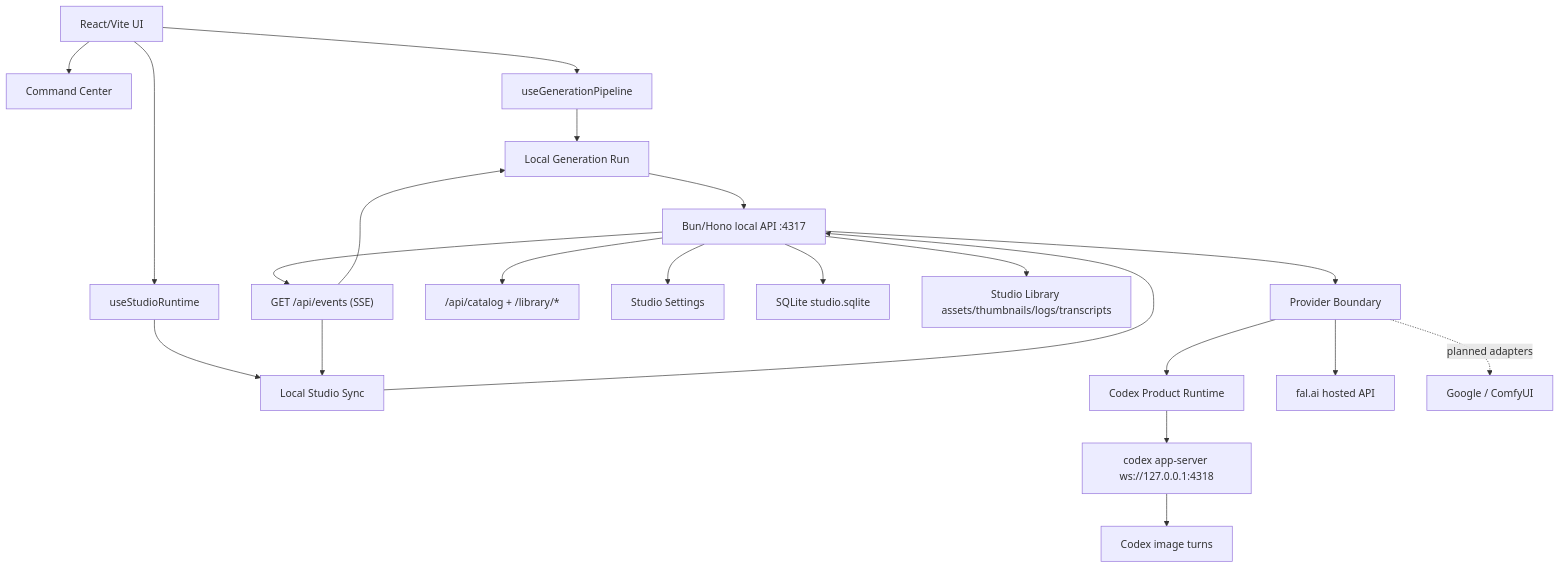
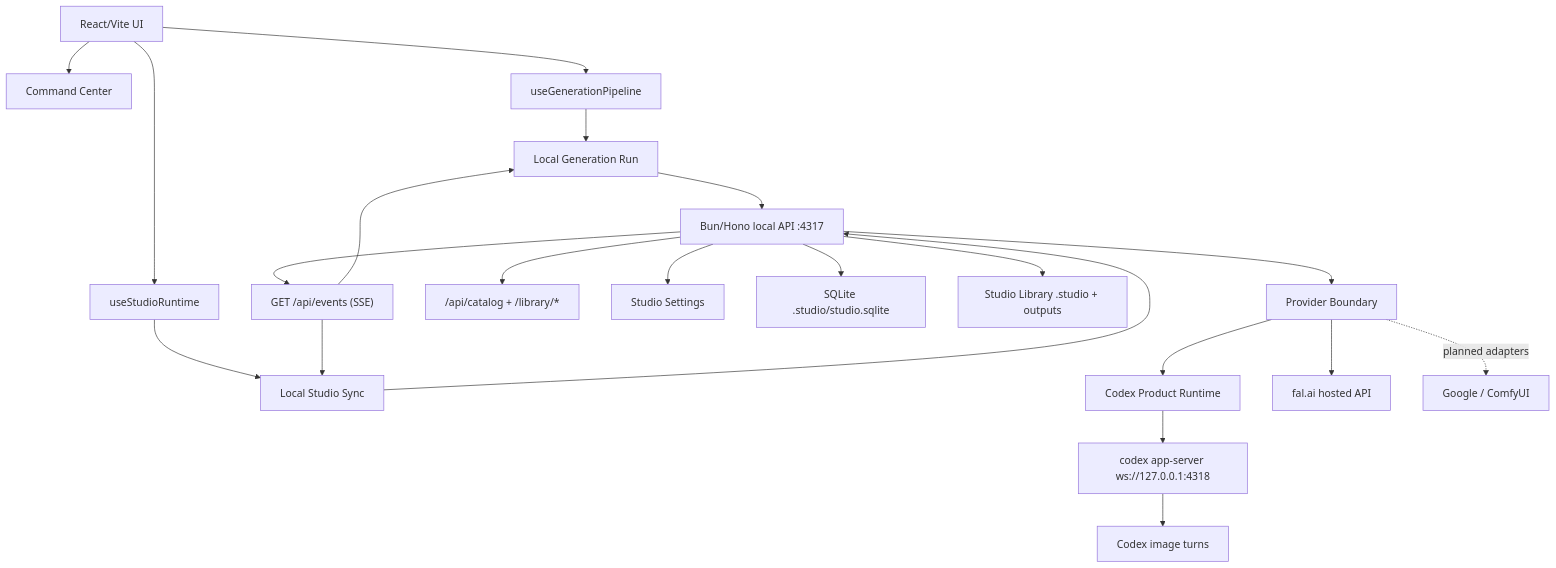
The diagram in docs/ARCHITECTURE.md (gvastethecreator/codex-studio), drawn with Mermaid before and after one commit. The commit also changed other lines of this file and 235 other files, not shown here.

````diff
--- a/docs/ARCHITECTURE.md
+++ b/docs/ARCHITECTURE.md
@@ -7,23 +7,23 @@
 ```mermaid
 graph TD
     UI["React/Vite UI"] --> COMMAND["Command Center"]
     UI --> PIPE["useGenerationPipeline"]
     UI --> RUNTIME["useStudioRuntime"]
     PIPE --> RUN["Local Generation Run"]
     RUNTIME --> SYNC["Local Studio Sync"]
     RUN --> API["Bun/Hono local API :4317"]
     SYNC --> API
     API --> EVENTS["GET /api/events (SSE)"]
     EVENTS --> RUN
     EVENTS --> SYNC
     API --> CATALOG["/api/catalog + /library/*"]
     API --> SETTINGS["Studio Settings"]
-    API --> DB["SQLite studio.sqlite"]
-    API --> LIB["Studio Library assets/thumbnails/logs/transcripts"]
+    API --> DB["SQLite .studio/studio.sqlite"]
+    API --> LIB["Studio Library .studio + outputs"]
     API --> PROVIDERS["Provider Boundary"]
     PROVIDERS --> CODEX["Codex Product Runtime"]
     CODEX --> CX["codex app-server ws://127.0.0.1:4318"]
     CX --> TURN["Codex image turns"]
     PROVIDERS --> FAL["fal.ai hosted API"]
     PROVIDERS -. "planned adapters" .-> EXT["Google / ComfyUI"]
 ```
````
